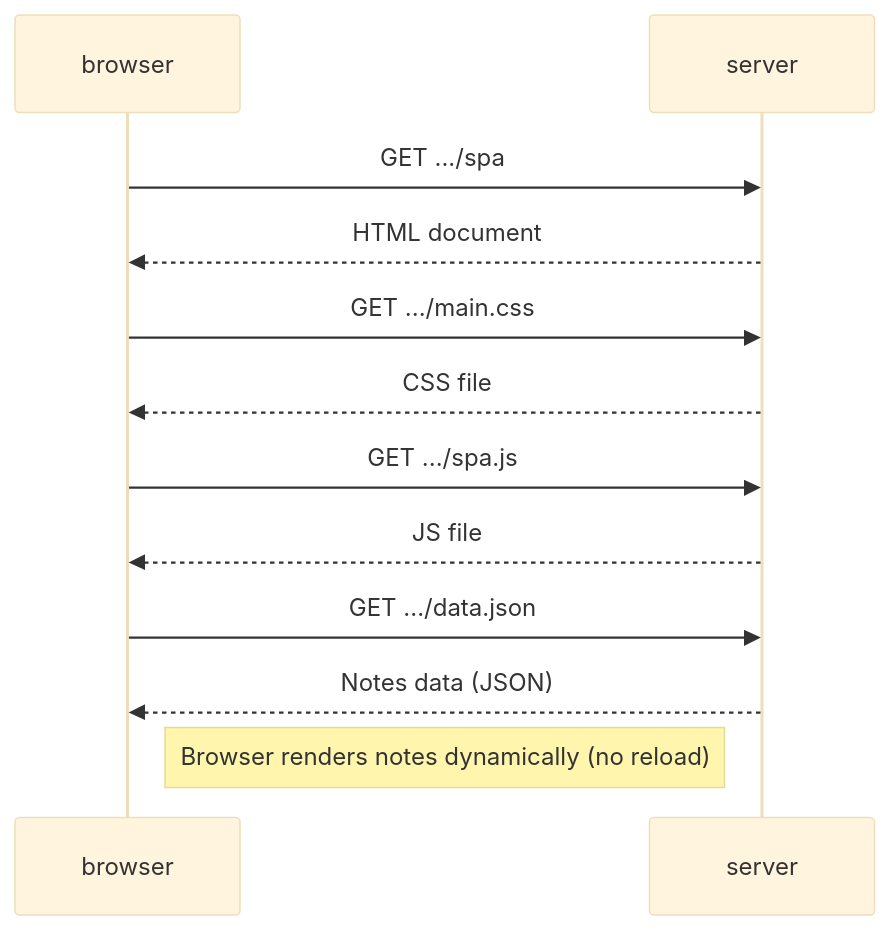
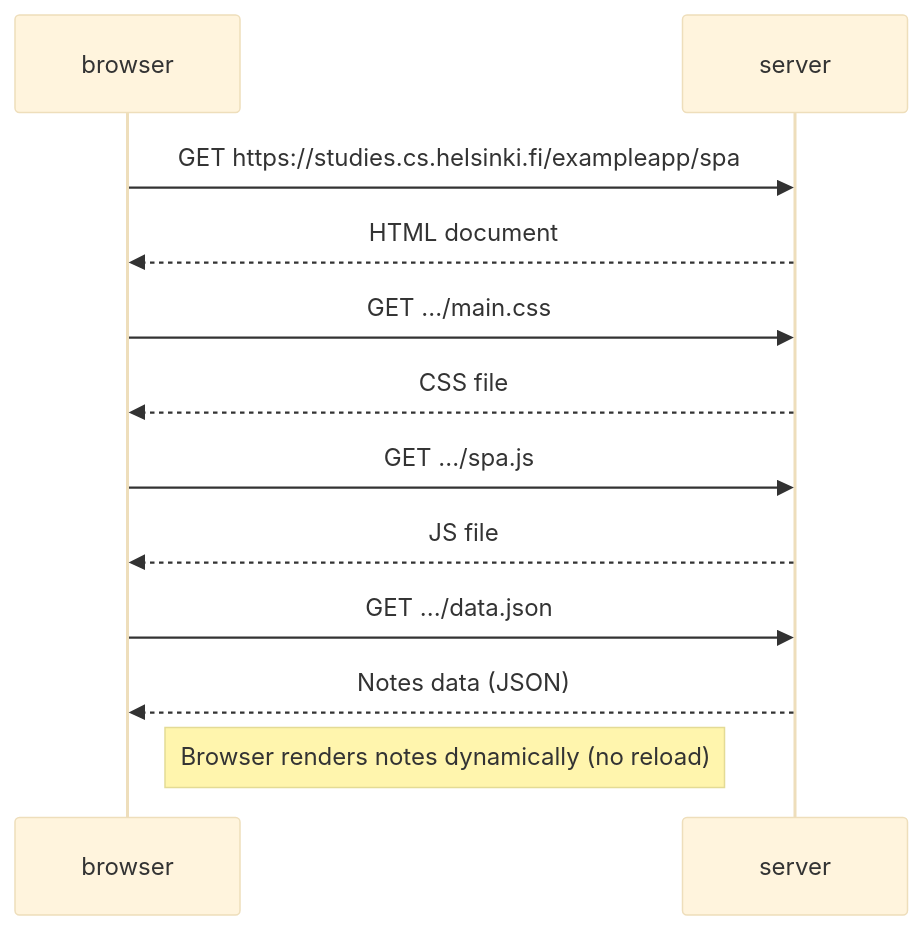
The second of 3 diagrams in README.md (ez7tuta/exercise-part0), drawn with Mermaid (base theme) before and after one commit. The commit also changed other lines of this file, not shown here.

````diff
--- a/README.md
+++ b/README.md
@@ -29,14 +29,14 @@
 ```mermaid
 sequenceDiagram
     participant browser
     participant server
-    browser->>server: GET .../spa
+    browser->>server: GET https://studies.cs.helsinki.fi/exampleapp/spa
     server-->>browser: HTML document
     browser->>server: GET .../main.css
     server-->>browser: CSS file
     browser->>server: GET .../spa.js
     server-->>browser: JS file
     browser->>server: GET .../data.json
     server-->>browser: Notes data (JSON)
     Note right of browser: Browser renders notes dynamically (no reload)
 ```
````
